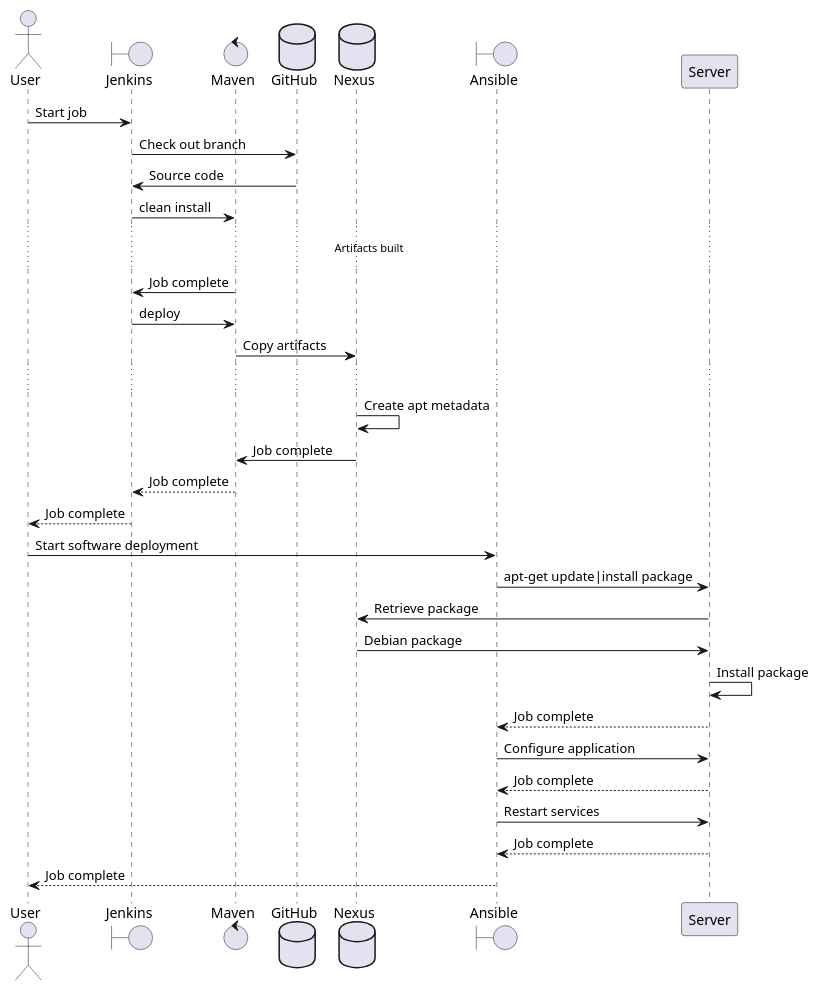
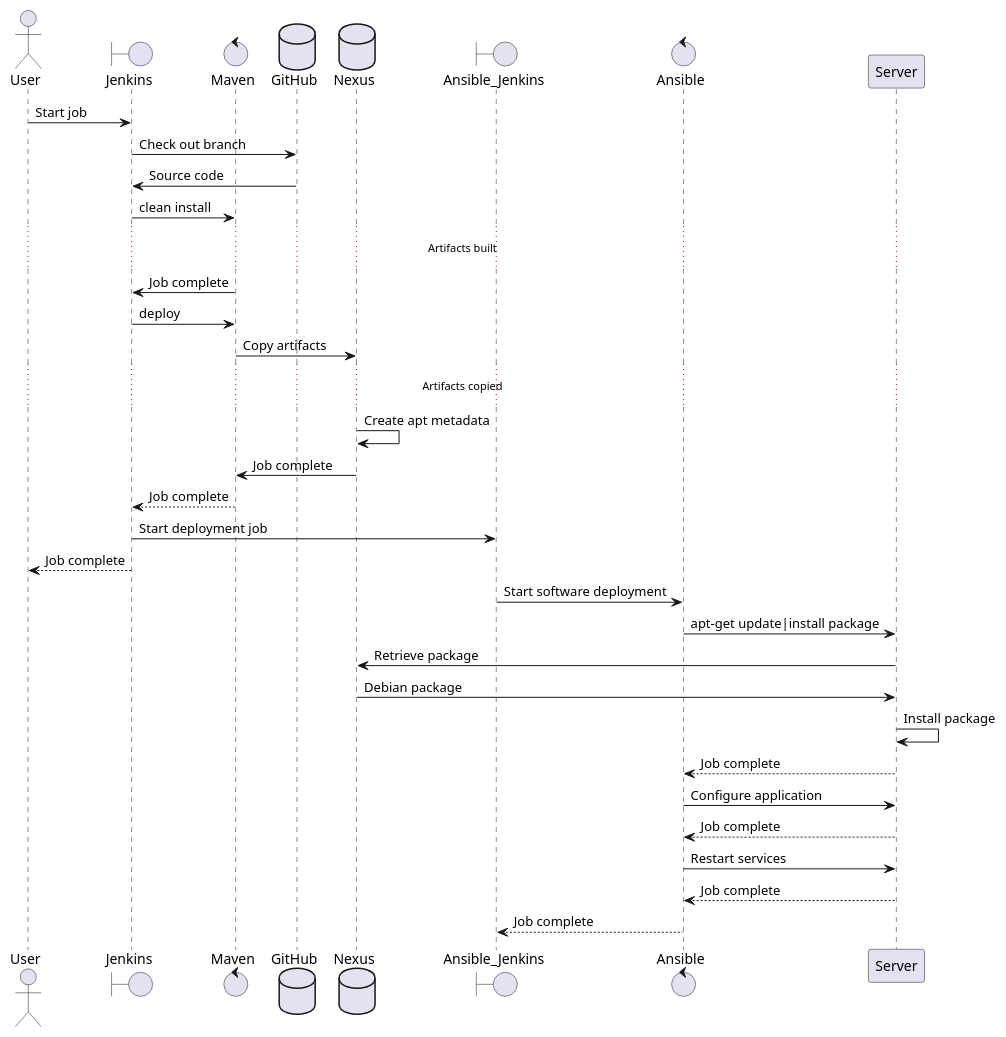
The diagram in packaging_sequence.puml (kecorradine/ops-docs), drawn with PlantUML before and after one commit. The commit also changed 2 other files, not shown here.

Commit message:
Better documentation and diagram correction

```diff
--- a/packaging_sequence.puml
+++ b/packaging_sequence.puml
@@ -1,34 +1,36 @@
 @startuml
 actor User
 boundary Jenkins
 control Maven
 database GitHub
 database Nexus
-boundary Ansible
+boundary Ansible_Jenkins
+control Ansible
 participant Server
 
 User -> Jenkins: Start job
 Jenkins -> GitHub: Check out branch
 Jenkins <- GitHub: Source code
 Jenkins -> Maven: clean install
 ... Artifacts built ...
 Maven -> Jenkins: Job complete
 Jenkins -> Maven: deploy
 Maven -> Nexus: Copy artifacts
-...
+... Artifacts copied ...
 Nexus -> Nexus: Create apt metadata
 Nexus -> Maven: Job complete
 Jenkins <-- Maven: Job complete
+Jenkins -> Ansible_Jenkins: Start deployment job
 User <-- Jenkins: Job complete
-User -> Ansible: Start software deployment
+Ansible_Jenkins -> Ansible: Start software deployment
 Ansible -> Server: apt-get update|install package
 Server -> Nexus: Retrieve package
 Server <- Nexus: Debian package
 Server -> Server: Install package
 Ansible <-- Server: Job complete
 Ansible -> Server: Configure application
 Ansible <-- Server: Job complete
 Ansible -> Server: Restart services
 Ansible <-- Server: Job complete
-User <-- Ansible: Job complete
+Ansible_Jenkins <-- Ansible: Job complete
 @enduml
```
